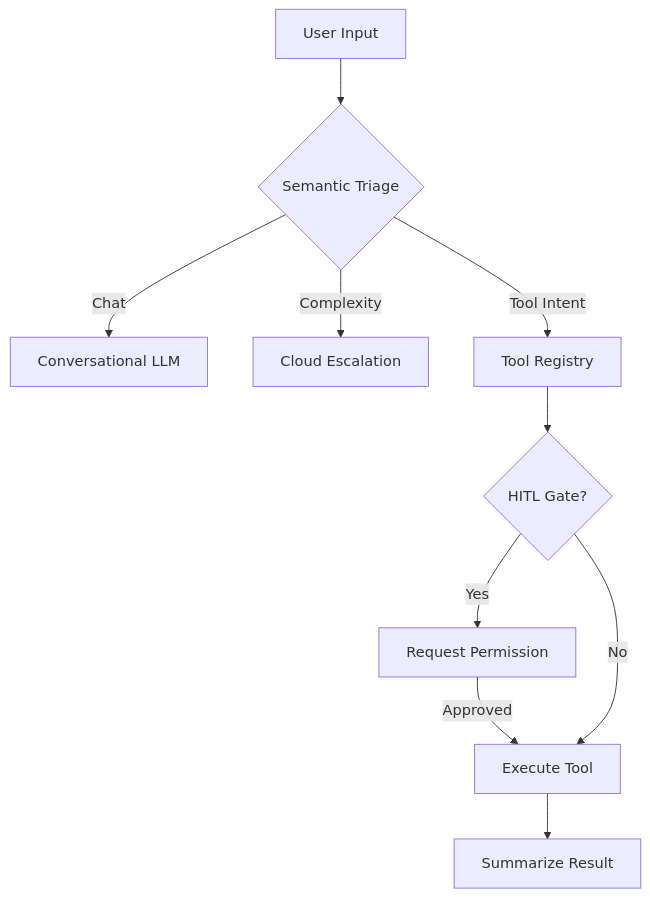
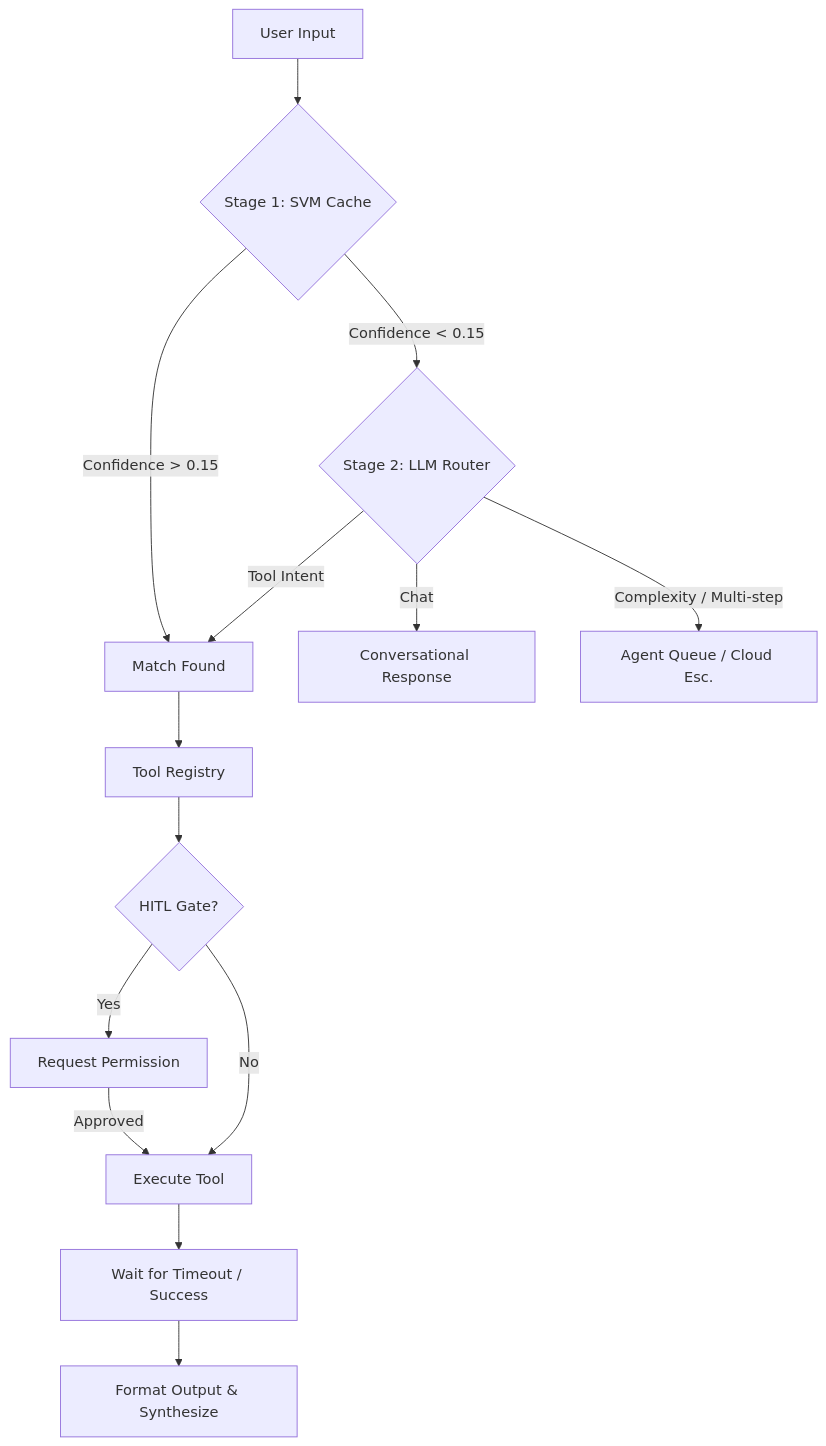
One commit to adityatawde9699/Amadeus-AI changed the diagram in docs/amadeus_tool_directory.md. Above: the diagram before and after it, drawn with Mermaid. The commit also changed other lines of this file and 20 other files, not shown here.

````diff
--- a/docs/amadeus_tool_directory.md
+++ b/docs/amadeus_tool_directory.md
@@ -108,12 +112,18 @@
 ```mermaid
 graph TD
-    A[User Input] --> B{Semantic Triage}
-    B -- Chat --> C[Conversational LLM]
-    B -- Complexity --> D[Cloud Escalation]
-    B -- Tool Intent --> E[Tool Registry]
-    E --> F{HITL Gate?}
-    F -- Yes --> G[Request Permission]
-    G -- Approved --> H[Execute Tool]
-    F -- No --> H
-    H --> I[Summarize Result]
+    A[User Input] --> B{Stage 1: SVM Cache}
+    B -- Confidence > 0.15 --> C[Match Found]
+    B -- Confidence < 0.15 --> D{Stage 2: LLM Router}
+    
+    D -- Chat --> E[Conversational Response]
+    D -- Complexity / Multi-step --> F[Agent Queue / Cloud Esc.]
+    D -- Tool Intent --> C
+    
+    C --> G[Tool Registry]
+    G --> H{HITL Gate?}
+    H -- Yes --> I[Request Permission]
+    I -- Approved --> J[Execute Tool]
+    H -- No --> J
+    J --> K[Wait for Timeout / Success]
+    K --> L[Format Output & Synthesize]
 ```
````
